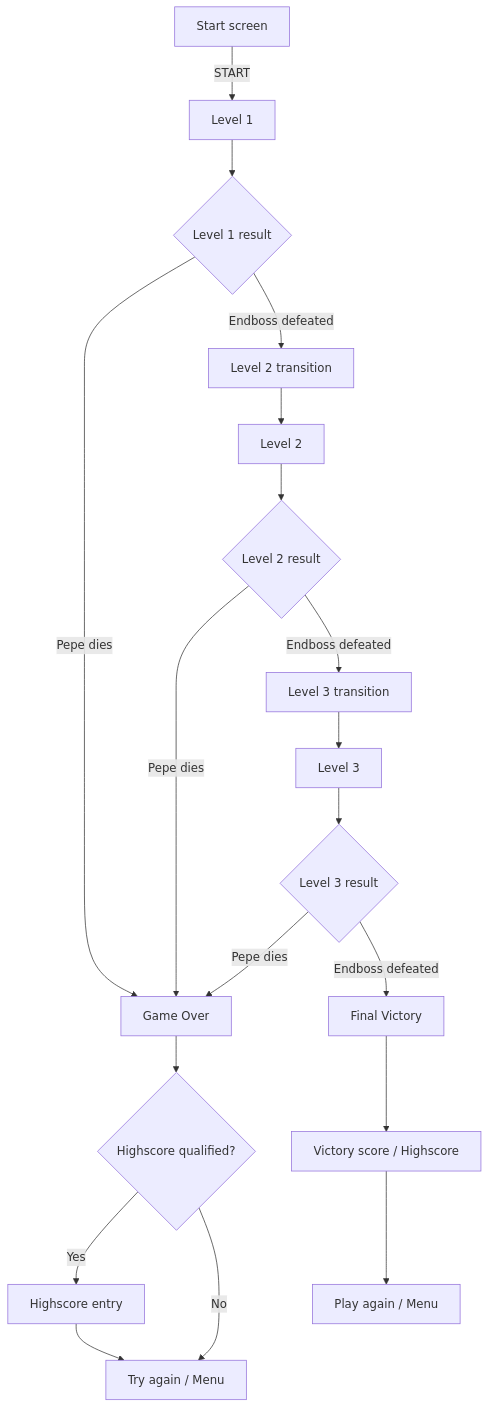
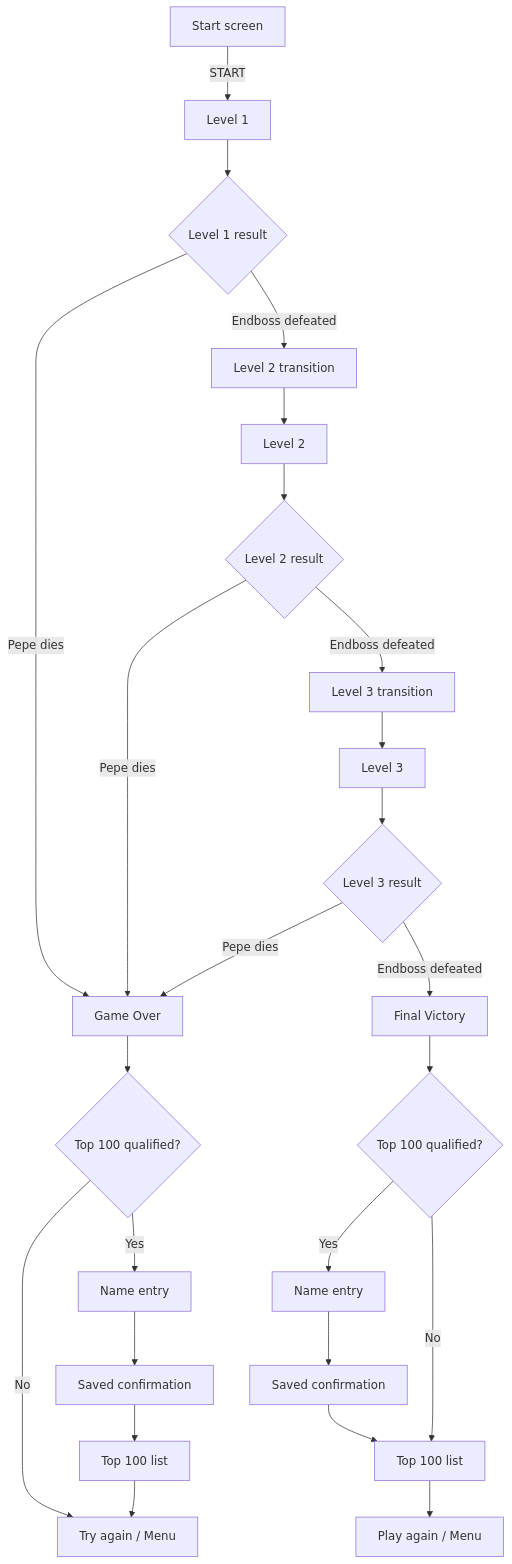
The diagram in README.md (Juergen-Malinowski/modul-12-el-pollo-loco), drawn with Mermaid before and after one commit. The commit also changed other lines of this file, not shown here.

First line of the commit message:
DOCS: Update README for unified Top 100 highscore

````diff
--- a/README.md
+++ b/README.md
@@ -11,25 +11,31 @@
 ```mermaid
 flowchart TD
     A[Start screen] -->|START| B[Level 1]
     B --> C{Level 1 result}
     C -->|Pepe dies| G[Game Over]
     C -->|Endboss defeated| D[Level 2 transition]
 
     D --> E[Level 2]
     E --> F{Level 2 result}
     F -->|Pepe dies| G
     F -->|Endboss defeated| H[Level 3 transition]
 
     H --> I[Level 3]
     I --> J{Level 3 result}
     J -->|Pepe dies| G
     J -->|Endboss defeated| K[Final Victory]
 
-    G --> L{Highscore qualified?}
-    L -->|Yes| M[Highscore entry]
+    G --> L{Top 100 qualified?}
+    L -->|Yes| M[Name entry]
+    M --> Q[Saved confirmation]
+    Q --> R[Top 100 list]
     L -->|No| N[Try again / Menu]
-    M --> N
+    R --> N
 
-    K --> O[Victory score / Highscore]
-    O --> P[Play again / Menu]
+    K --> O{Top 100 qualified?}
+    O -->|Yes| S[Name entry]
+    S --> T[Saved confirmation]
+    T --> U[Top 100 list]
+    O -->|No| U
+    U --> P[Play again / Menu]
 ```
````
